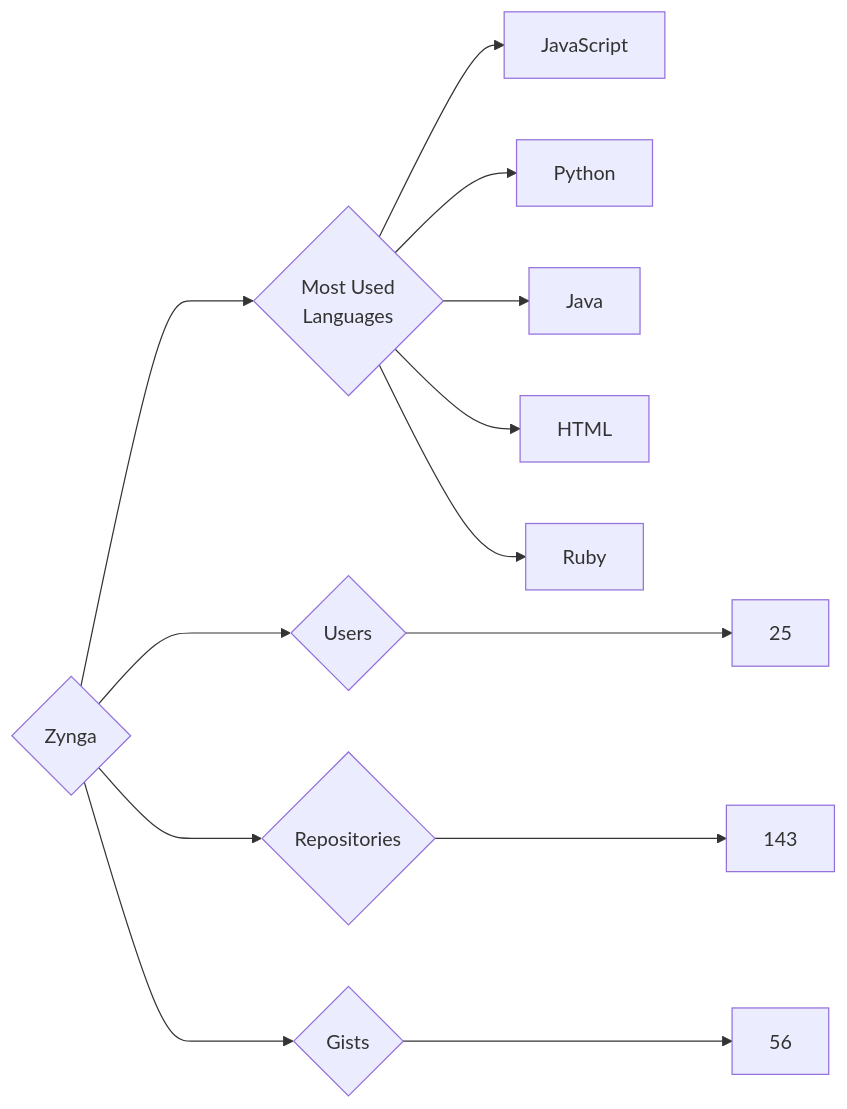
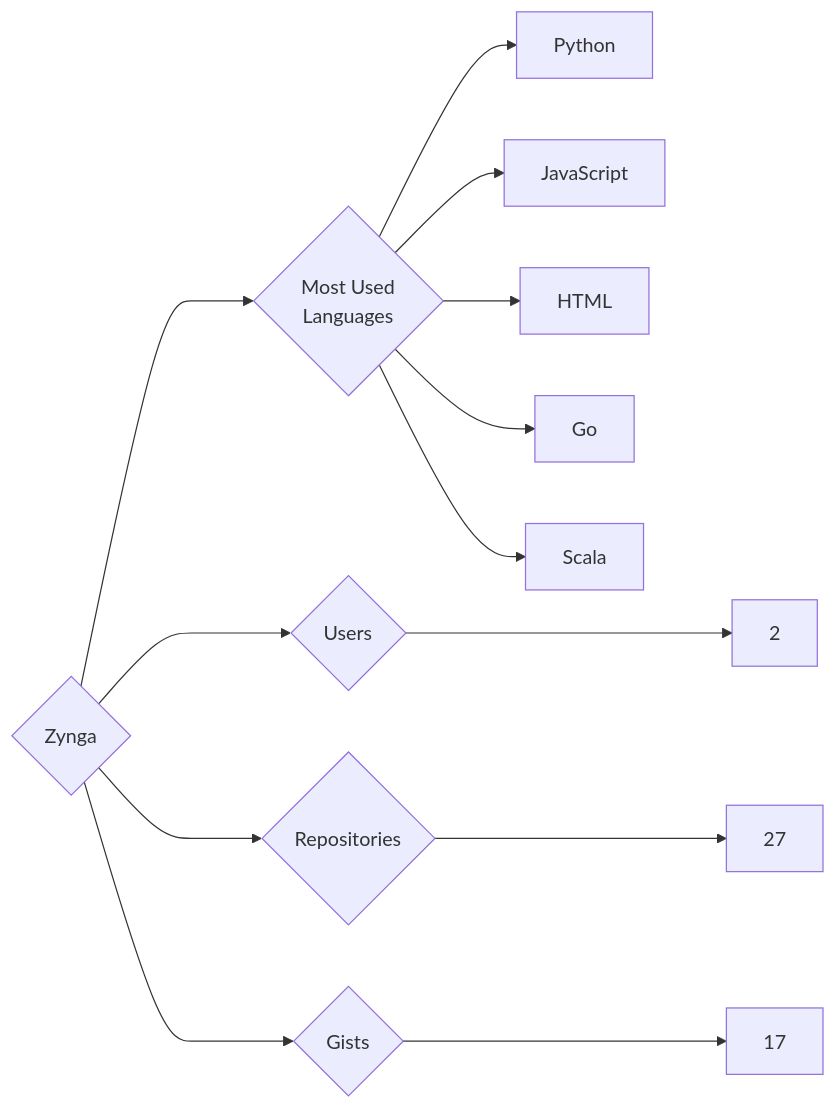
One commit to trickest/insiders changed the diagram in targets/Zynga/README.md. Above: the diagram before and after it, drawn with Mermaid. The commit also changed 728 other files, not shown here.

````diff
--- a/targets/Zynga/README.md
+++ b/targets/Zynga/README.md
@@ -3,13 +3,13 @@
 ```mermaid
 graph LR
 COMPANY_NAME{Zynga}
-COMPANY_NAME ---> U{Users} ---> UN[25]
-COMPANY_NAME ---> R{Repositories} ---> RN[143]
-COMPANY_NAME ---> G{Gists} ---> GN[56]
+COMPANY_NAME ---> U{Users} ---> UN[2]
+COMPANY_NAME ---> R{Repositories} ---> RN[27]
+COMPANY_NAME ---> G{Gists} ---> GN[17]
 COMPANY_NAME ---> ML{Most Used<br>Languages}
+ML --> Python[Python]
 ML --> JavaScript[JavaScript]
-ML --> Python[Python]
-ML --> Java[Java]
 ML --> HTML[HTML]
-ML --> Ruby[Ruby]
+ML --> Go[Go]
+ML --> Scala[Scala]
 ```
````
